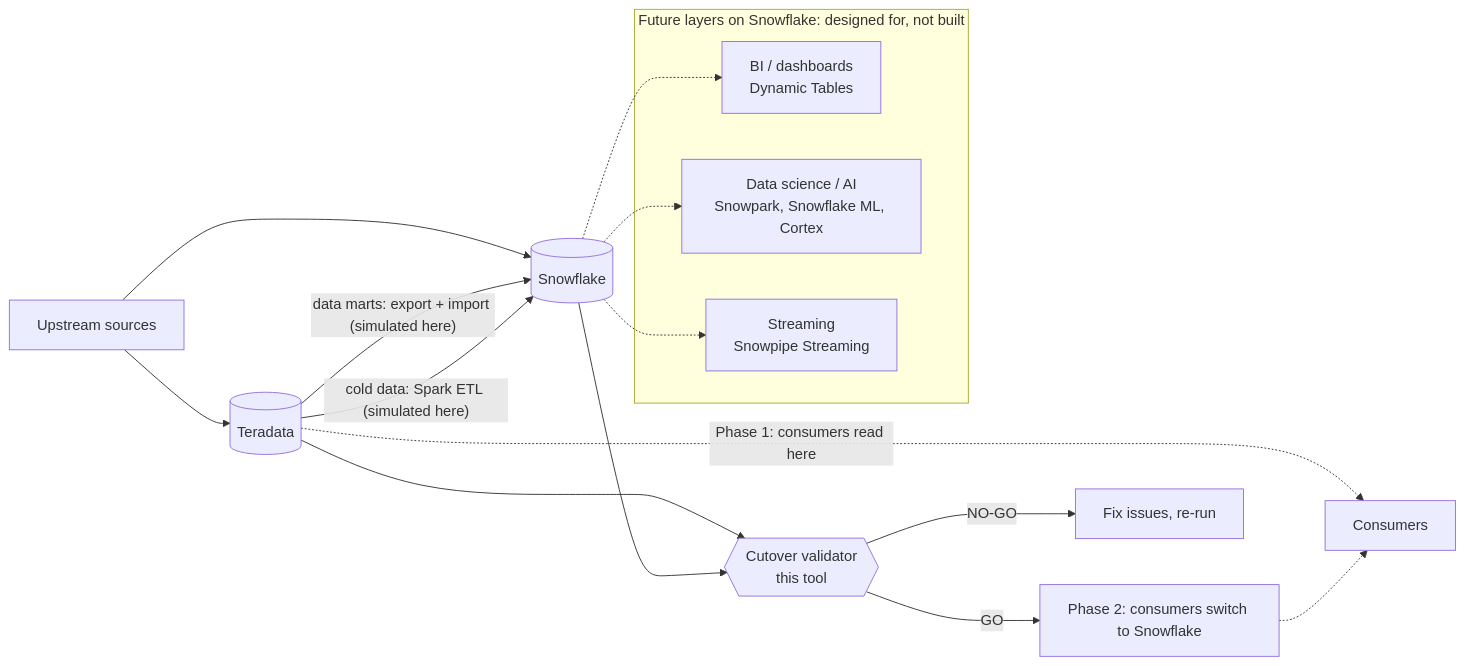
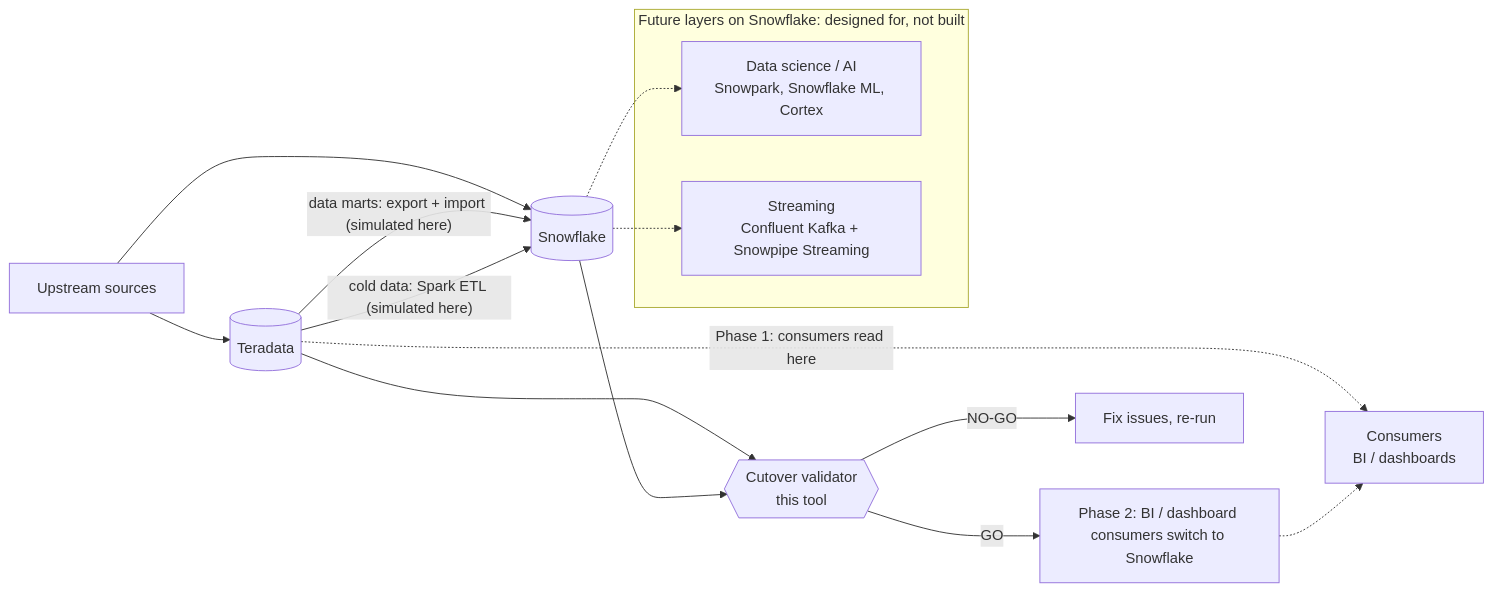
One commit to Ramkannan1981/td-snowflake-cutover-validator changed the diagram in evidence/design.md. Above: the diagram before and after it, drawn with Mermaid. The commit also changed other lines of this file, not shown here.

Commit message:
docs: diagram shows BI consumers in phase 2, data science and Kafka streaming as future layers

````diff
--- a/evidence/design.md
+++ b/evidence/design.md
@@ -23,23 +23,21 @@
 ```mermaid
 flowchart LR
     SRC[Upstream sources] --> TD[(Teradata)]
     SRC --> SF[(Snowflake)]
     TD -- "data marts: export + import (simulated here)" --> SF
     TD -- "cold data: Spark ETL (simulated here)" --> SF
-    TD -. "Phase 1: consumers read here" .-> CON[Consumers]
+    TD -. "Phase 1: consumers read here" .-> CON["Consumers<br/>BI / dashboards"]
 
     TD --> V{{Cutover validator<br/>this tool}}
     SF --> V
-    V -- GO --> P2["Phase 2: consumers switch to Snowflake"]
+    V -- GO --> P2["Phase 2: BI / dashboard consumers switch to Snowflake"]
     V -- NO-GO --> FIX["Fix issues, re-run"]
     P2 -.-> CON
 
     subgraph FUT["Future layers on Snowflake: designed for, not built"]
-        BI["BI / dashboards<br/>Dynamic Tables"]
         DS["Data science / AI<br/>Snowpark, Snowflake ML, Cortex"]
-        ST["Streaming<br/>Snowpipe Streaming"]
+        ST["Streaming<br/>Confluent Kafka + Snowpipe Streaming"]
     end
-    SF -.-> BI
     SF -.-> DS
     SF -.-> ST
 ```
````
